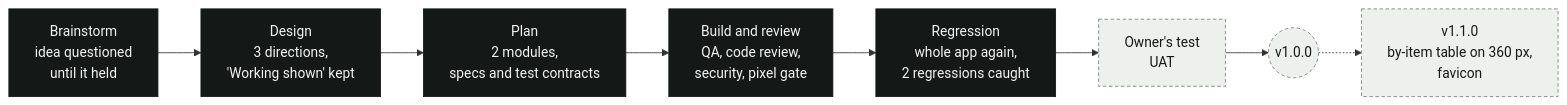
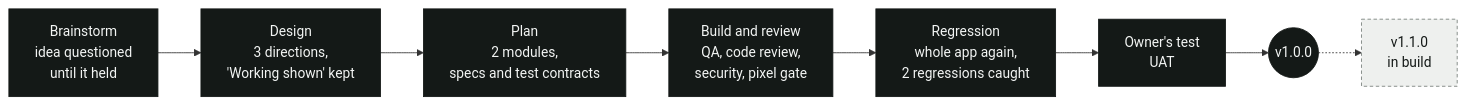
Before and after one commit to SoftDevDanial/splity-tab: the diagram in README.md, drawn with Mermaid. The commit also changed other lines of this file and 3 other files, not shown here.

````diff
--- a/README.md
+++ b/README.md
@@ -40,14 +42,14 @@
 ```mermaid
 flowchart LR
   B["Brainstorm<br/>idea questioned<br/>until it held"] --> D["Design<br/>3 directions,<br/>'Working shown' kept"]
   D --> P["Plan<br/>2 modules,<br/>specs and test contracts"]
   P --> E["Build and review<br/>QA, code review,<br/>security, pixel gate"]
   E --> R["Regression<br/>whole app again,<br/>2 regressions caught"]
   R --> U["Owner's test<br/>UAT"]
   U --> S(("v1.0.0"))
-  S -.-> N["v1.1.0<br/>by-item table on 360 px,<br/>favicon"]
+  S -.-> N["v1.1.0<br/>in build"]
   classDef done fill:#141917,stroke:#141917,color:#F3F5F4
   classDef next fill:#EEF0EE,stroke:#78807C,color:#141917,stroke-dasharray:4 3
-  class B,D,P,E,R done
-  class U,S,N next
+  class B,D,P,E,R,U,S done
+  class N next
 ```
````
